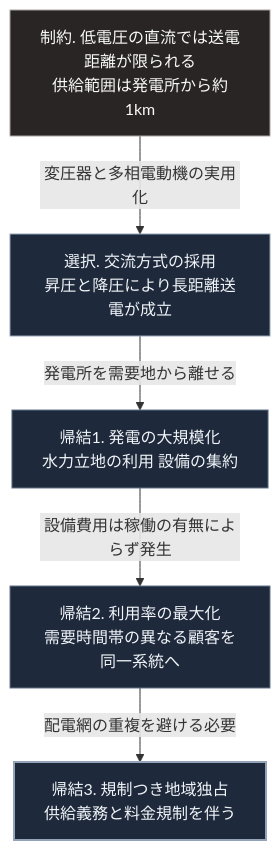
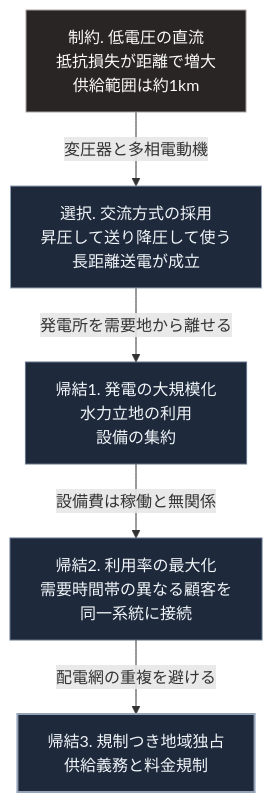
One commit to Takenori-Kusaka/zenn-content changed the diagram in books/sovereign-resilience-blueprint/06_electrification-dawn.md. Above: the diagram before and after it, drawn with Mermaid. The commit also changed other lines of this file and 114 other files, not shown here.

````diff
--- a/books/sovereign-resilience-blueprint/06_electrification-dawn.md
+++ b/books/sovereign-resilience-blueprint/06_electrification-dawn.md
@@ -79,14 +79,14 @@
 ```mermaid
 flowchart TD
-    A[制約. 低電圧の直流では送電距離が限られる<br>供給範囲は発電所から約1km]
-    A -->|変圧器と多相電動機の実用化| B[選択. 交流方式の採用<br>昇圧と降圧により長距離送電が成立]
-    B -->|発電所を需要地から離せる| C[帰結1. 発電の大規模化<br>水力立地の利用 設備の集約]
-    C -->|設備費用は稼働の有無によらず発生| D[帰結2. 利用率の最大化<br>需要時間帯の異なる顧客を同一系統へ]
-    D -->|配電網の重複を避ける必要| E[帰結3. 規制つき地域独占<br>供給義務と料金規制を伴う]
+    A[制約. 低電圧の直流<br>抵抗損失が距離で増大<br>供給範囲は約1km]
+    A -->|変圧器と多相電動機| B[選択. 交流方式の採用<br>昇圧して送り降圧して使う<br>長距離送電が成立]
+    B -->|発電所を需要地から離せる| C[帰結1. 発電の大規模化<br>水力立地の利用<br>設備の集約]
+    C -->|設備費は稼働と無関係| D[帰結2. 利用率の最大化<br>需要時間帯の異なる顧客を<br>同一系統に接続]
+    D -->|配電網の重複を避ける| E[帰結3. 規制つき地域独占<br>供給義務と料金規制]
 
     style A fill:#292524,stroke:#a8a29e,color:#fafaf9
     style B fill:#1e293b,stroke:#94a3b8,color:#f1f5f9
     style C fill:#1e293b,stroke:#64748b,color:#f1f5f9
     style D fill:#1e293b,stroke:#64748b,color:#f1f5f9
     style E fill:#1e293b,stroke:#94a3b8,stroke-width:2px,color:#f1f5f9
 ```
````
